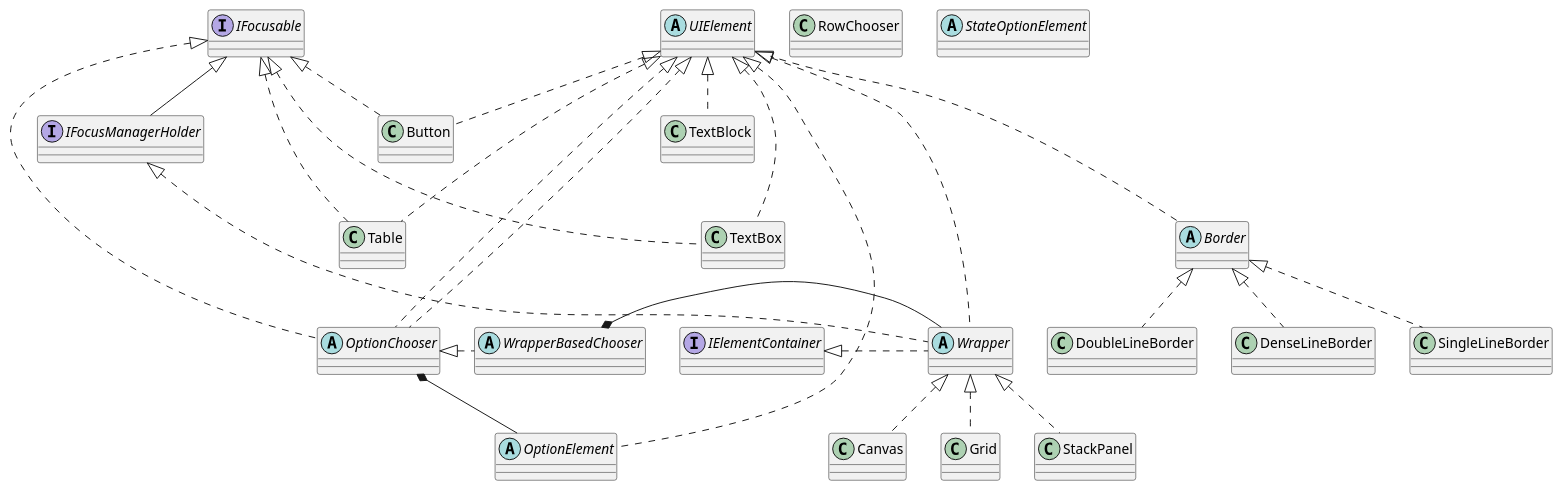
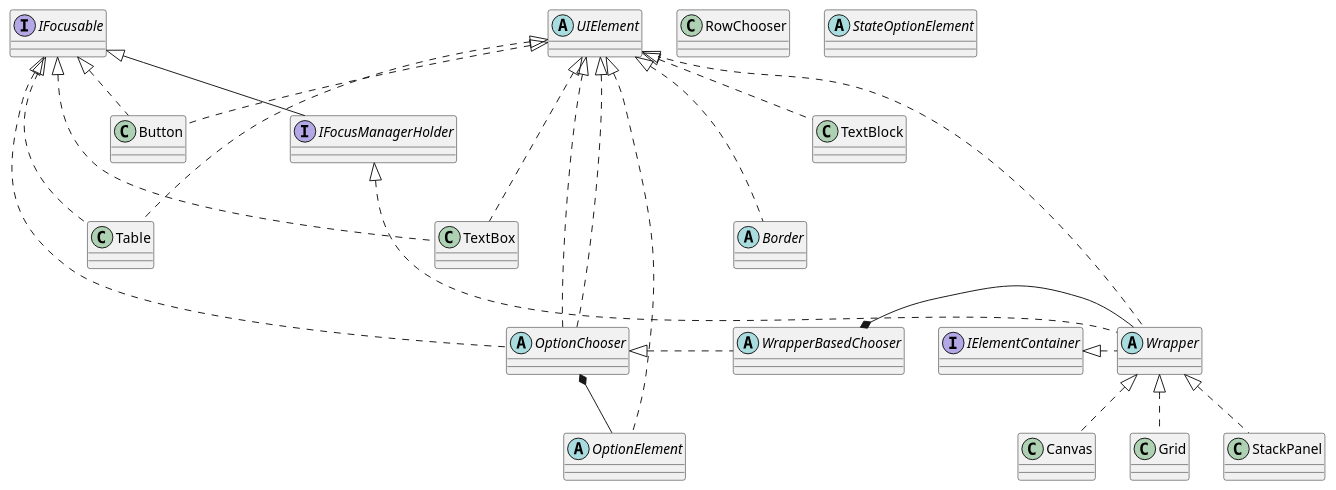
One commit to sunnyyssh/ConsoleUI changed the diagram in Sunnyyssh.ConsoleUI/Scheme/Class architecture/UIElementsDiagram.puml. Above: the diagram before and after it, drawn with PlantUML. The commit also changed 17 other files, not shown here.

```diff
--- a/Sunnyyssh.ConsoleUI/Scheme/Class architecture/UIElementsDiagram.puml
+++ b/Sunnyyssh.ConsoleUI/Scheme/Class architecture/UIElementsDiagram.puml
@@ -1,59 +1,53 @@
 @startuml
 
 abstract UIElement
 interface IElementContainer
 interface IFocusable
 interface IFocusManagerHolder
 abstract Wrapper
 class Button
 class Canvas
 class Grid
 class StackPanel
 class TextBlock
 class TextBox
 class Table
 abstract OptionChooser
 abstract Border
-class SingleLineBorder
-class DoubleLineBorder
-class DenseLineBorder
 abstract WrapperBasedChooser
 class RowChooser
 abstract OptionElement
 abstract StateOptionElement
 
 IFocusable <|- IFocusManagerHolder
 
 UIElement <|.. Wrapper 
 IFocusManagerHolder <|. Wrapper
 IElementContainer <|. Wrapper
 
 Wrapper <|.. Canvas
 Wrapper <|.. Grid
 Wrapper <|.. StackPanel
 
 UIElement <|.. Button
 IFocusable <|.. Button
 
 UIElement <|.. TextBlock 
 UIElement <|.. TextBox
 IFocusable <|... TextBox
 
 UIElement <|... Table
 IFocusable <|... Table
 
 UIElement <|... OptionChooser
 IFocusable <|... OptionChooser
 
 UIElement <|... Border
-Border <|.. SingleLineBorder
-Border <|.. DoubleLineBorder
-Border <|.. DenseLineBorder
 
 UIElement <|.... OptionChooser
 OptionChooser <|. WrapperBasedChooser
 UIElement <|..... OptionElement
 OptionChooser *- OptionElement
 WrapperBasedChooser *- Wrapper
 
 @enduml
```
